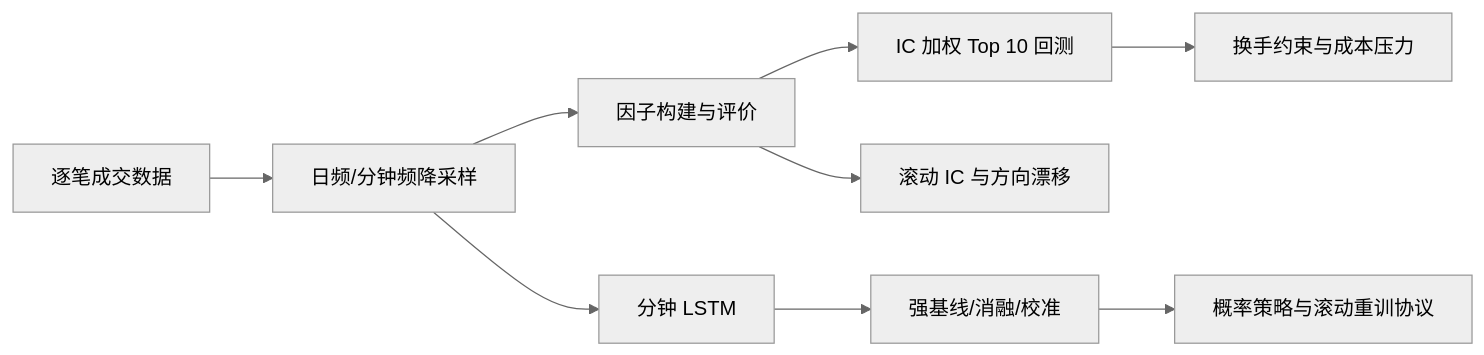
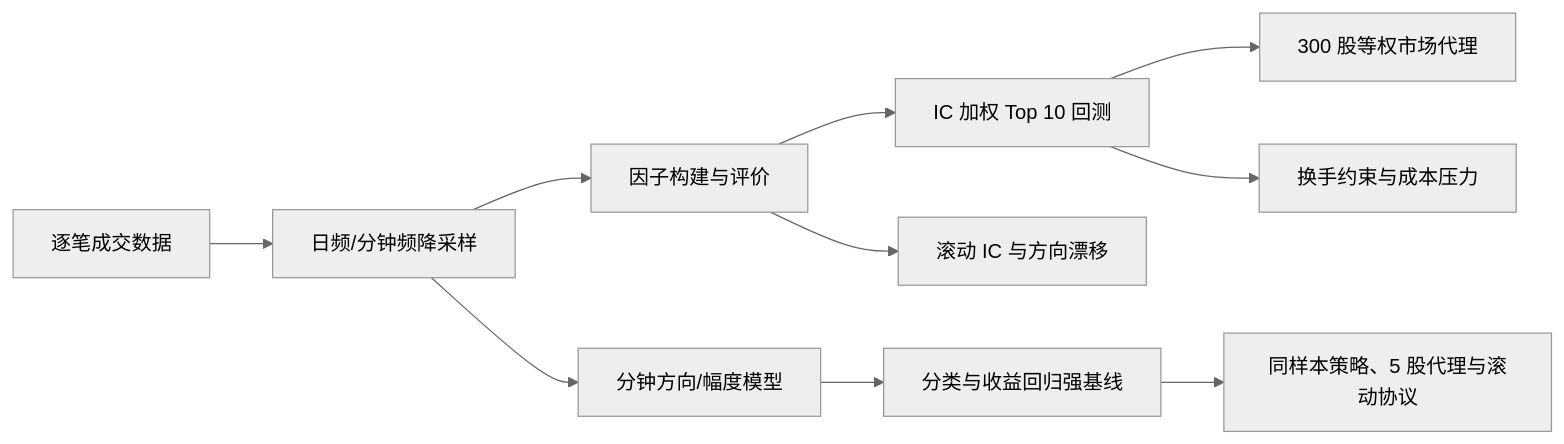
Before and after one commit to RyanNotRain/NJUSEquantification: the diagram in README.md, drawn with Mermaid (neutral theme). The commit also changed other lines of this file and 21 other files, not shown here.

````diff
--- a/README.md
+++ b/README.md
@@ -9,11 +9,12 @@
 ```mermaid
 flowchart LR
     A["逐笔成交数据"] --> B["日频/分钟频降采样"]
     B --> C["因子构建与评价"]
     C --> D["IC 加权 Top 10 回测"]
-    B --> E["分钟 LSTM"]
+    D --> J["300 股等权市场代理"]
+    B --> E["分钟方向/幅度模型"]
     C --> F["滚动 IC 与方向漂移"]
     D --> G["换手约束与成本压力"]
-    E --> H["强基线/消融/校准"]
-    H --> I["概率策略与滚动重训协议"]
+    E --> H["分类与收益回归强基线"]
+    H --> I["同样本策略、5 股代理与滚动协议"]
 ```
````
